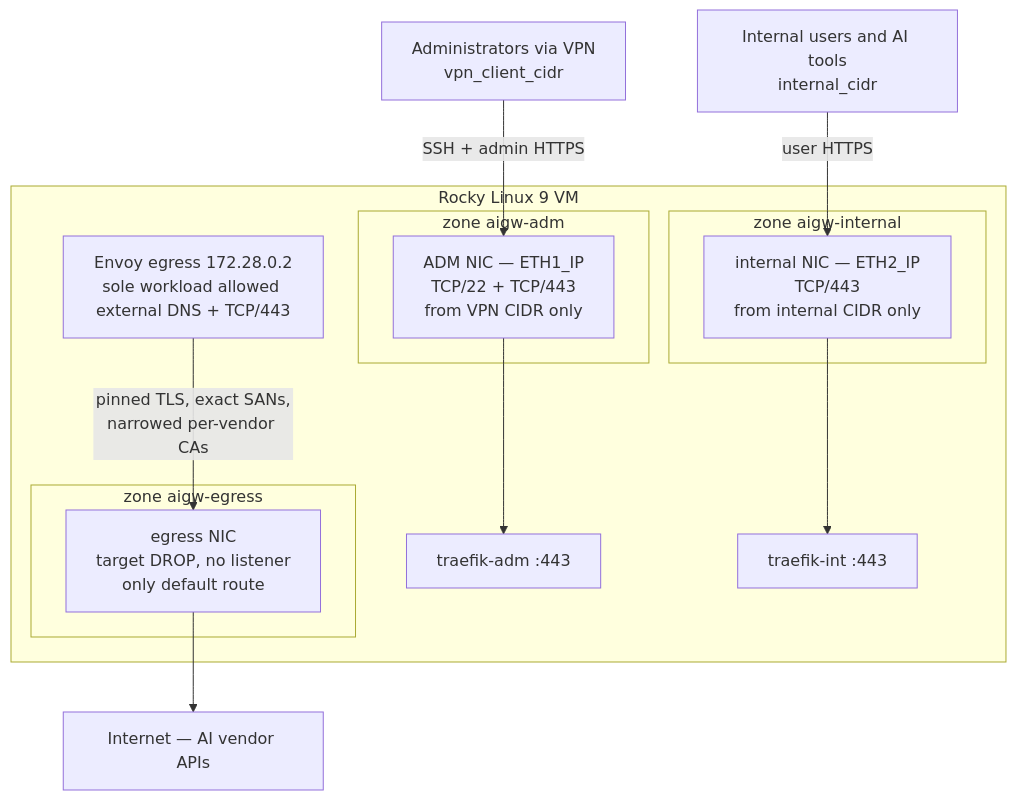
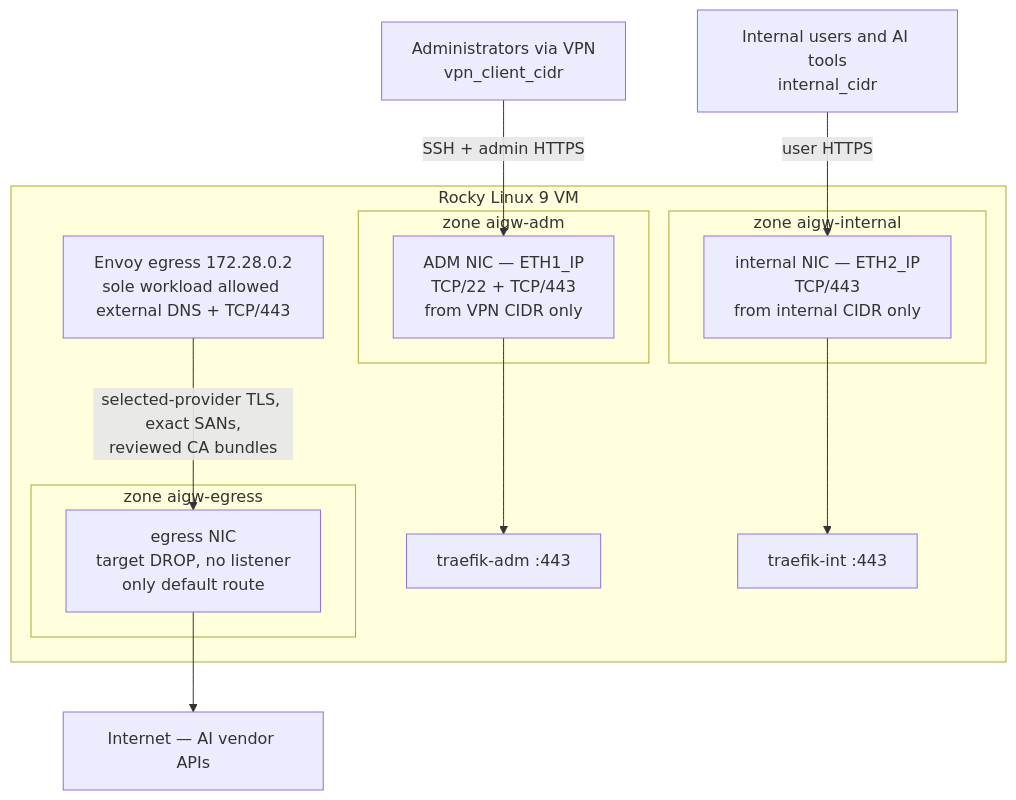
The first of 14 diagrams in docs/architecture-diagrams.md (derhornspieler/ai-gateway), drawn with Mermaid before and after one commit. The commit also changed other lines of this file and 339 other files, not shown here.

````diff
--- a/docs/architecture-diagrams.md
+++ b/docs/architecture-diagrams.md
@@ -15,25 +17,25 @@
 ```mermaid
 flowchart TB
   INET[Internet — AI vendor APIs]
   VPN[Administrators via VPN<br/>vpn_client_cidr]
   USERS[Internal users and AI tools<br/>internal_cidr]
 
   subgraph vm [Rocky Linux 9 VM]
     subgraph zegress [zone aigw-egress]
       NIC0[egress NIC<br/>target DROP, no listener<br/>only default route]
     end
     subgraph zadm [zone aigw-adm]
       NIC1[ADM NIC — ETH1_IP<br/>TCP/22 + TCP/443<br/>from VPN CIDR only]
     end
     subgraph zint [zone aigw-internal]
       NIC2[internal NIC — ETH2_IP<br/>TCP/443<br/>from internal CIDR only]
     end
     EV[Envoy egress 172.28.0.2<br/>sole workload allowed external DNS + TCP/443]
     TA[traefik-adm :443]
     TI[traefik-int :443]
   end
 
-  EV -->|pinned TLS, exact SANs,<br/>narrowed per-vendor CAs| NIC0 --> INET
+  EV -->|selected-provider TLS, exact SANs,<br/>reviewed CA bundles| NIC0 --> INET
   VPN -->|SSH + admin HTTPS| NIC1 --> TA
   USERS -->|user HTTPS| NIC2 --> TI
 ```
````
